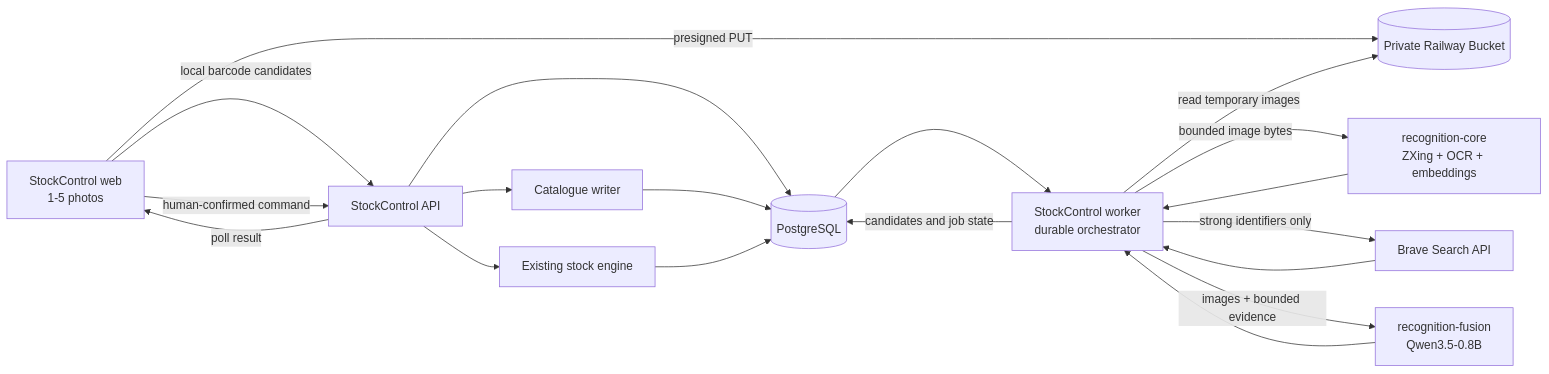
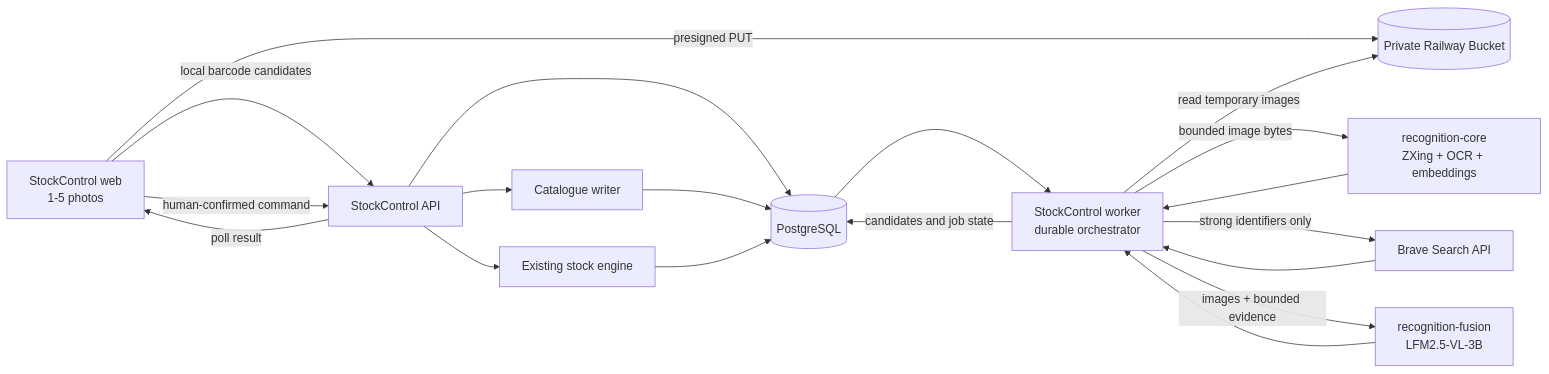
The diagram in docs/stock-capture-technical-spec.md (TheCharlesChristy/StockControl), drawn with Mermaid before and after one commit. The commit also changed other lines of this file and 11 other files, not shown here.

````diff
--- a/docs/stock-capture-technical-spec.md
+++ b/docs/stock-capture-technical-spec.md
@@ -190,21 +191,21 @@
 ```mermaid
 flowchart LR
     Browser[StockControl web<br/>1-5 photos] -->|local barcode candidates| API[StockControl API]
     Browser -->|presigned PUT| Bucket[(Private Railway Bucket)]
     API --> DB[(PostgreSQL)]
     DB --> Worker[StockControl worker<br/>durable orchestrator]
     Worker -->|read temporary images| Bucket
     Worker -->|bounded image bytes| Core[recognition-core<br/>ZXing + OCR + embeddings]
     Worker -->|strong identifiers only| Brave[Brave Search API]
-    Worker -->|images + bounded evidence| Fusion[recognition-fusion<br/>Qwen3.5-0.8B]
+    Worker -->|images + bounded evidence| Fusion[recognition-fusion<br/>LFM2.5-VL-3B]
     Core --> Worker
     Brave --> Worker
     Fusion --> Worker
     Worker -->|candidates and job state| DB
     API -->|poll result| Browser
     Browser -->|human-confirmed command| API
     API --> Catalogue[Catalogue writer]
     API --> Stock[Existing stock engine]
     Catalogue --> DB
     Stock --> DB
 ```
````
